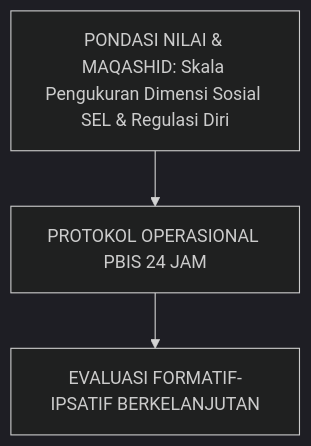
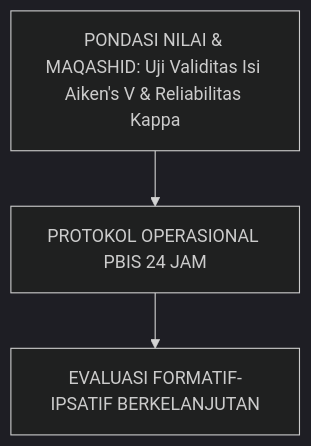
One commit to wandiapriliyandi/tumbuh changed diagram 18 of 32 in BOOK-SERIES/Volume-03/Buku-Volume-03-Sistem-Asesmen-Perkembangan-dan-Evaluasi-Berbasis-Bukti.md. Above: the diagram before and after it, drawn with Mermaid (dark theme). The commit also changed other lines of this file and 196 other files, not shown here.

````diff
--- a/BOOK-SERIES/Volume-03/Buku-Volume-03-Sistem-Asesmen-Perkembangan-dan-Evaluasi-Berbasis-Bukti.md
+++ b/BOOK-SERIES/Volume-03/Buku-Volume-03-Sistem-Asesmen-Perkembangan-dan-Evaluasi-Berbasis-Bukti.md
@@ -463,5 +598,5 @@
 ```mermaid
 graph TD
-    Tujuan["PONDASI NILAI & MAQASHID: Skala Pengukuran Dimensi Sosial SEL & Regulasi Diri"] --> Operasional["PROTOKOL OPERASIONAL PBIS 24 JAM"]
+    Tujuan["PONDASI NILAI & MAQASHID: Uji Validitas Isi Aiken's V & Reliabilitas Kappa"] --> Operasional["PROTOKOL OPERASIONAL PBIS 24 JAM"]
     Operasional --> Evaluasi["EVALUASI FORMATIF-IPSATIF BERKELANJUTAN"]
 ```
````
